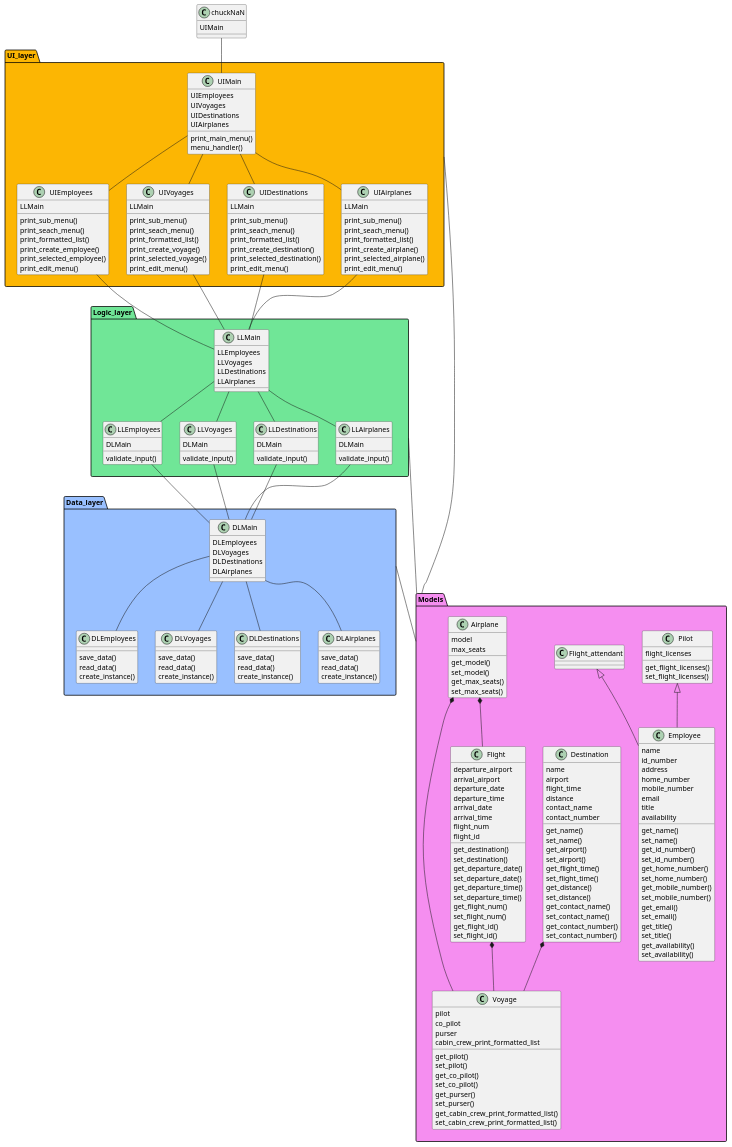
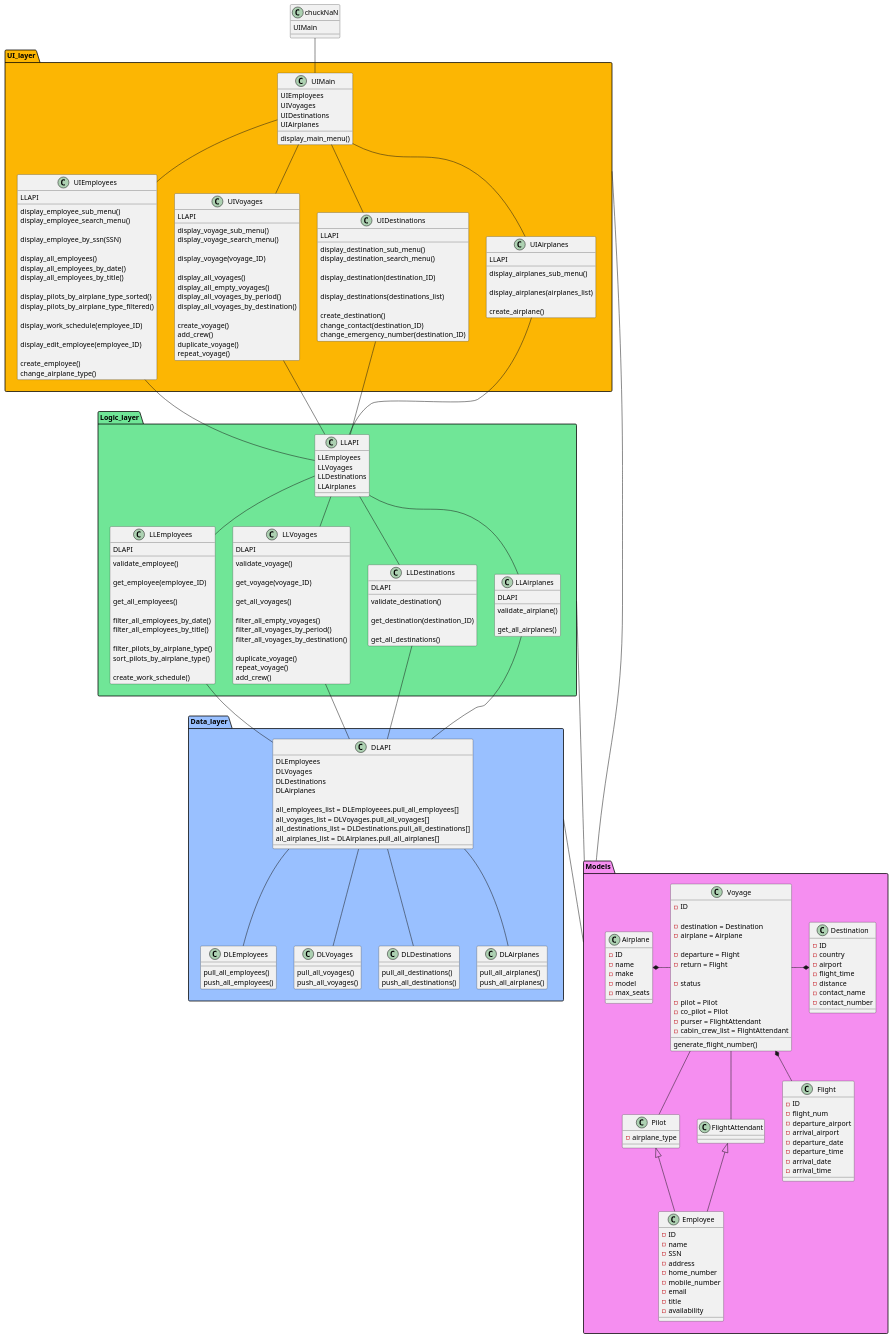
One commit to irmalexandra/vln1_chuck_nan changed the diagram in ClassDiagram.puml. Above: the diagram before and after it, drawn with PlantUML.

```diff
--- a/ClassDiagram.puml
+++ b/ClassDiagram.puml
@@ -13,45 +13,69 @@
     UIVoyages
     UIDestinations
     UIAirplanes
-    print_main_menu()
-    menu_handler()
+    display_main_menu()
   }
 
   class UIEmployees{
-    LLMain
-    print_sub_menu()
-    print_seach_menu()
-    print_formatted_list()
-    print_create_employee()
-    print_selected_employee()
-    print_edit_menu()
+    LLAPI
+    display_employee_sub_menu()
+    display_employee_search_menu()
+    
+    display_employee_by_ssn(SSN)
+    
+    display_all_employees()
+    display_all_employees_by_date()
+    display_all_employees_by_title()
+    
+    display_pilots_by_airplane_type_sorted()
+    display_pilots_by_airplane_type_filtered()
+    
+    display_work_schedule(employee_ID)
+
+    display_edit_employee(employee_ID)
+    
+    create_employee()
+    change_airplane_type()  
   }
   class UIVoyages{
-    LLMain
-    print_sub_menu()
-    print_seach_menu()
-    print_formatted_list()
-    print_create_voyage()
-    print_selected_voyage()
-    print_edit_menu()
+    LLAPI
+    display_voyage_sub_menu()
+    display_voyage_search_menu()
+
+    display_voyage(voyage_ID)
+
+    display_all_voyages()
+    display_all_empty_voyages()
+    display_all_voyages_by_period()
+    display_all_voyages_by_destination()
+    
+    create_voyage()
+    add_crew()
+    duplicate_voyage()
+    repeat_voyage()
+    
   }
   class UIDestinations{
-    LLMain
-    print_sub_menu()
-    print_seach_menu()
-    print_formatted_list()
-    print_create_destination()
-    print_selected_destination()
-    print_edit_menu()
+    LLAPI
+    display_destination_sub_menu()
+    display_destination_search_menu()
+
+    display_destination(destination_ID)
+    
+    display_destinations(destinations_list)
+    
+    create_destination()
+    change_contact(destination_ID)
+    change_emergency_number(destination_ID)
+    
   }
   class UIAirplanes{
-    LLMain
-    print_sub_menu()
-    print_seach_menu()
-    print_formatted_list()
-    print_create_airplane()
-    print_selected_airplane()
-    print_edit_menu()
+    LLAPI
+    display_airplanes_sub_menu()
+
+    display_airplanes(airplanes_list)
+    
+    create_airplane()
   }
   UIMain -- UIEmployees
   UIMain -- UIVoyages
@@ -61,7 +85,7 @@
 
 package Logic_layer #70e697 {
 
-  class LLMain{
+  class LLAPI{
     LLEmployees
     LLVoyages
     LLDestinations
@@ -71,83 +95,111 @@
   }
 
   class LLEmployees{
-    DLMain
-    validate_input()
+    DLAPI
+    validate_employee()
     
+    get_employee(employee_ID)
+    
+    get_all_employees()
+    
+    filter_all_employees_by_date()
+    filter_all_employees_by_title()
+    
+    filter_pilots_by_airplane_type()
+    sort_pilots_by_airplane_type()
+
+    create_work_schedule()
   }
   class LLVoyages{
-    DLMain
-    validate_input()
+    DLAPI
+    validate_voyage()
+
+    get_voyage(voyage_ID)
+
+    get_all_voyages()
     
+    filter_all_empty_voyages()
+    filter_all_voyages_by_period()
+    filter_all_voyages_by_destination()
+
+    duplicate_voyage()
+    repeat_voyage()
+    add_crew()
+
   }
   class LLDestinations{
-    DLMain
-    validate_input()
+    DLAPI
+    validate_destination()
+
+    get_destination(destination_ID)
     
+    get_all_destinations()
+
   }
   class LLAirplanes{
-    DLMain
-    validate_input()
-    
+    DLAPI
+    validate_airplane()
+
+    get_all_airplanes()
   }
 
-  LLMain -- LLEmployees
-  LLMain -- LLVoyages
-  LLMain -- LLDestinations
-  LLMain -- LLAirplanes
+  LLAPI -- LLEmployees
+  LLAPI -- LLVoyages
+  LLAPI -- LLDestinations
+  LLAPI -- LLAirplanes
+  
 
 }
 
 package Data_layer #99c0ff{
 
-  class DLMain{
+  class DLAPI{
     DLEmployees
     DLVoyages
     DLDestinations
     DLAirplanes
 
+    all_employees_list = DLEmployeees.pull_all_employees[]
+    all_voyages_list = DLVoyages.pull_all_voyages[]
+    all_destinations_list = DLDestinations.pull_all_destinations[]
+    all_airplanes_list = DLAirplanes.pull_all_airplanes[]
   }
 
   class DLEmployees{
-    save_data()
-    read_data()
-    create_instance()
+    pull_all_employees()
+    push_all_employees()
   }
   class DLVoyages{
-    save_data()
-    read_data()
-    create_instance()
+    pull_all_voyages()
+    push_all_voyages()
     
   }
   class DLDestinations{
-    save_data()
-    read_data()
-    create_instance()
+    pull_all_destinations()
+    push_all_destinations()
     
   }
   class DLAirplanes{
-    save_data()
-    read_data()
-    create_instance()
-    
+    pull_all_airplanes()
+    push_all_airplanes()
   }
 
-  DLMain -- DLEmployees
-  DLMain -- DLVoyages
-  DLMain -- DLDestinations
-  DLMain -- DLAirplanes
+  DLAPI -- DLEmployees
+  DLAPI -- DLVoyages
+  DLAPI -- DLDestinations
+  DLAPI -- DLAirplanes
   
 }
 
-UIEmployees -down- LLMain
-UIVoyages -down- LLMain
-UIAirplanes -down- LLMain
-UIDestinations -down- LLMain
+UIEmployees -down- LLAPI
+UIVoyages -down- LLAPI
+UIAirplanes -down- LLAPI
+UIDestinations -down- LLAPI
 
-LLEmployees -down- DLMain
-LLVoyages -down- DLMain
-LLDestinations -down- DLMain
-LLAirplanes -down- DLMain
+LLEmployees -down- DLAPI
+LLVoyages -down- DLAPI
+LLDestinations -down- DLAPI
+LLAirplanes -down- DLAPI
 
 
 
@@ -158,118 +210,81 @@
 
 
 class Employee {
-  name
-  id_number
-  address
-  home_number
-  mobile_number
-  email
-  title
-  availability
+  -ID
+  -name
+  -SSN
+  -address
+  -home_number
+  -mobile_number
+  -email
+  -title
+  -availability
 
-  get_name()
-  set_name()
-  get_id_number()
-  set_id_number()
-  get_home_number()
-  set_home_number()
-  get_mobile_number()
-  set_mobile_number()
-  get_email()
-  set_email()
-  get_title()
-  set_title()
-  get_availability()
-  set_availability()
 }
 
-class Flight_attendant{
+class FlightAttendant{
 }
 
 class Pilot{
-  flight_licenses
-
-  get_flight_licenses()
-  set_flight_licenses()
+  -airplane_type
 }
 
 class Destination{
-  name
-  airport
-  flight_time
-  distance
-  contact_name
-  contact_number
+  -ID
+  -country
+  -airport
+  -flight_time
+  -distance
+  -contact_name
+  -contact_number
 
-  get_name()
-  set_name()
-  get_airport()
-  set_airport()
-  get_flight_time()
-  set_flight_time()
-  get_distance()
-  set_distance()
-  get_contact_name()
-  set_contact_name()
-  get_contact_number()
-  set_contact_number()
 }
 
 class Voyage{
-  pilot
-  co_pilot
-  purser
-  cabin_crew_print_formatted_list
+  -ID
 
-  get_pilot()
-  set_pilot()
-  get_co_pilot()
-  set_co_pilot()
-  get_purser()
-  set_purser()
-  get_cabin_crew_print_formatted_list()
-  set_cabin_crew_print_formatted_list()
+  -destination = Destination
+  -airplane = Airplane
+  
+  -departure = Flight
+  -return = Flight
 
+  -status
+
+  -pilot = Pilot
+  -co_pilot = Pilot
+  -purser = FlightAttendant
+  -cabin_crew_list = FlightAttendant
+  generate_flight_number()
 }
 
 class Flight{
-  departure_airport
-  arrival_airport
-  departure_date
-  departure_time
-  arrival_date
-  arrival_time
-  flight_num
-  flight_id
-
-  get_destination()
-  set_destination()
-  get_departure_date()
-  set_departure_date()
-  get_departure_time()
-  set_departure_time()
-  get_flight_num()
-  set_flight_num()
-  get_flight_id()
-  set_flight_id()
+  -ID
+  -flight_num
+  -departure_airport
+  -arrival_airport
+  -departure_date
+  -departure_time
+  -arrival_date
+  -arrival_time
 }
 
 class Airplane{
-  model
-  max_seats
-
-  get_model()
-  set_model()
-  get_max_seats()
-  set_max_seats()
+  -ID
+  -name
+  -make
+  -model
+  -max_seats
+  
 }
 
-Employee -up-|> Flight_attendant
+Employee -up-|> FlightAttendant
 Employee -up-|> Pilot
-Destination *-- Voyage
-Airplane *-- Flight
-Airplane *-- Voyage
-Flight *-- Voyage
+FlightAttendant -up- Voyage
+Pilot -up- Voyage
+Destination *-left- Voyage
+Voyage *-down- Flight
+Airplane *-right- Voyage
 
 }
 
```
